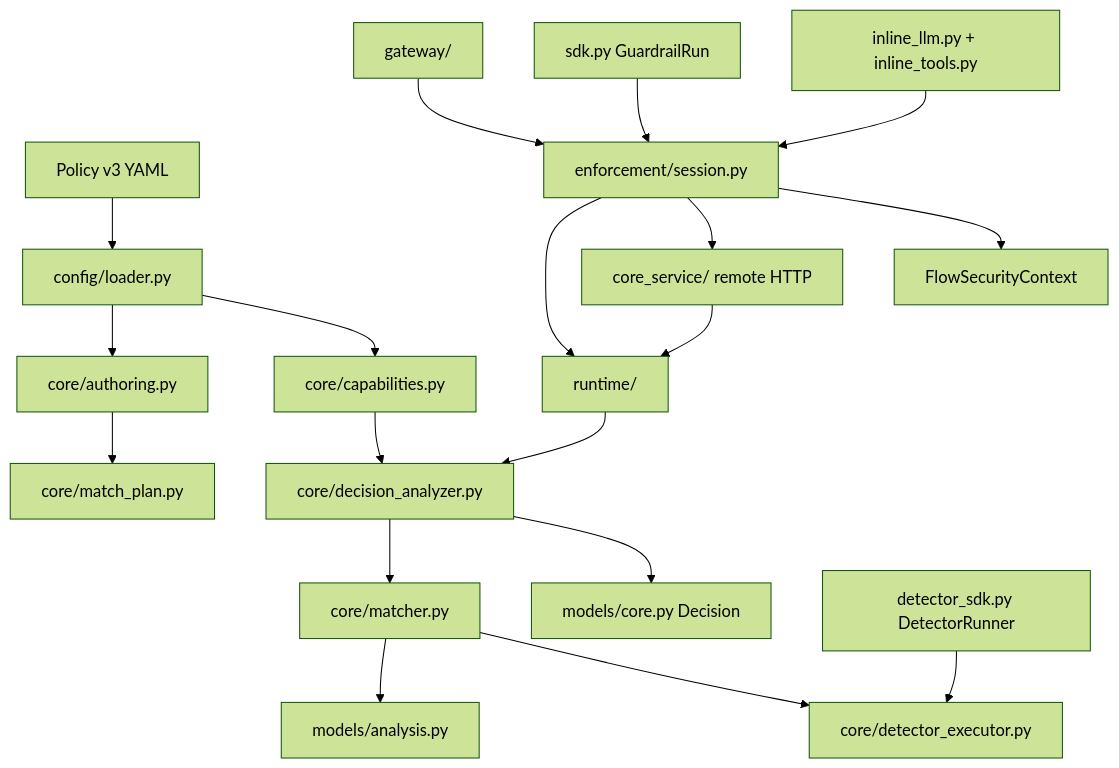
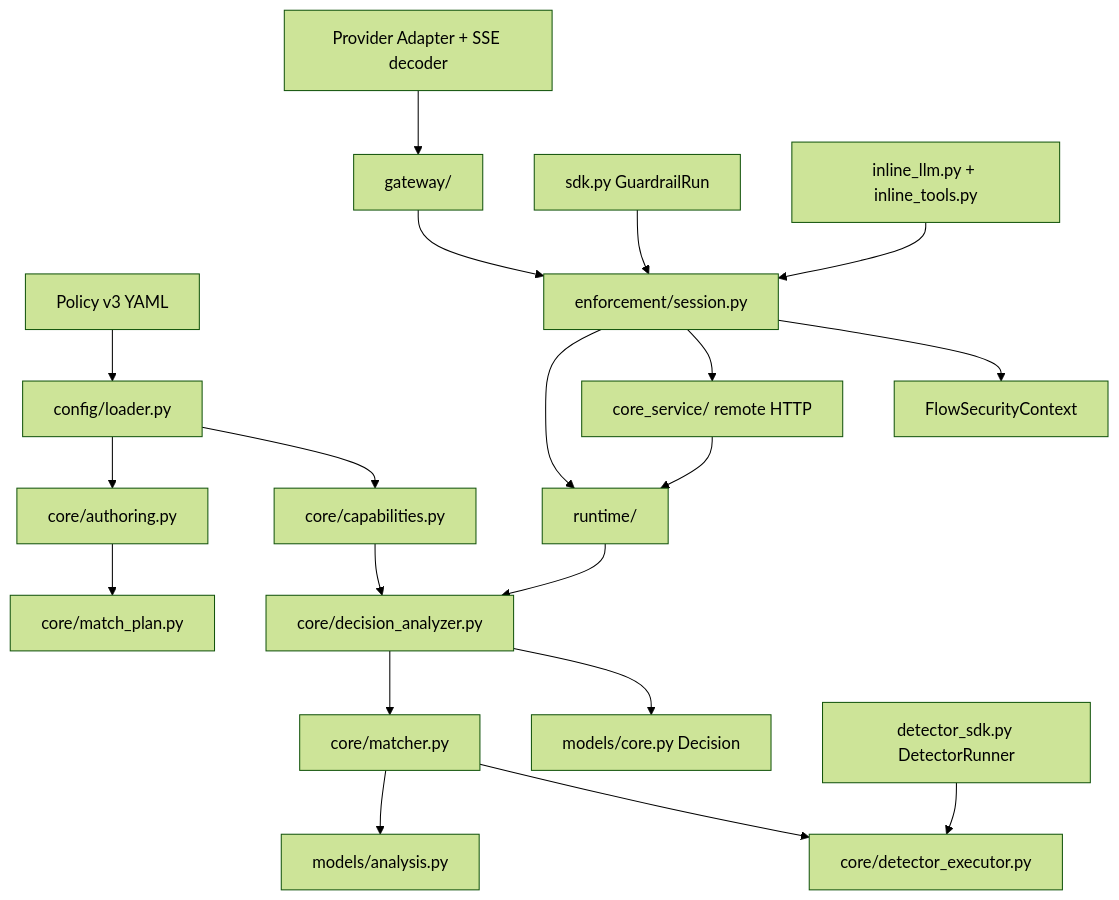
One commit to cipeizheng/agent-guardrail changed the diagram in docs/contributing.md. Above: the diagram before and after it, drawn with Mermaid (forest theme). The commit also changed other lines of this file and 33 other files, not shown here.

````diff
--- a/docs/contributing.md
+++ b/docs/contributing.md
@@ -20,21 +20,22 @@
 ```mermaid
 flowchart TD
     YAML[Policy v3 YAML] --> Loader[config/loader.py]
     Loader --> Author[core/authoring.py]
     Author --> Plan[core/match_plan.py]
     Loader --> Cap[core/capabilities.py]
     Cap --> Analyzer[core/decision_analyzer.py]
     Analyzer --> Matcher[core/matcher.py]
     Matcher --> Report[models/analysis.py]
     Analyzer --> Decision[models/core.py Decision]
     Runtime[runtime/] --> Analyzer
     Remote[core_service/ remote HTTP] --> Runtime
-    Gateway[gateway/] --> Session[enforcement/session.py]
+    Provider[Provider Adapter + SSE decoder] --> Gateway[gateway/]
+    Gateway --> Session[enforcement/session.py]
     Direct[detector_sdk.py DetectorRunner] --> DetectorExec[core/detector_executor.py]
     SDK[sdk.py GuardrailRun] --> Session
     Inline[inline_llm.py + inline_tools.py] --> Session
     Session --> Runtime
     Session --> Remote
     Session --> Security[FlowSecurityContext]
     Matcher --> DetectorExec
 ```
````
